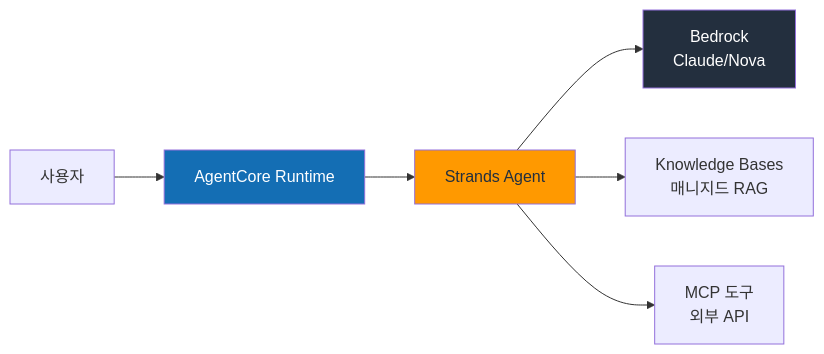
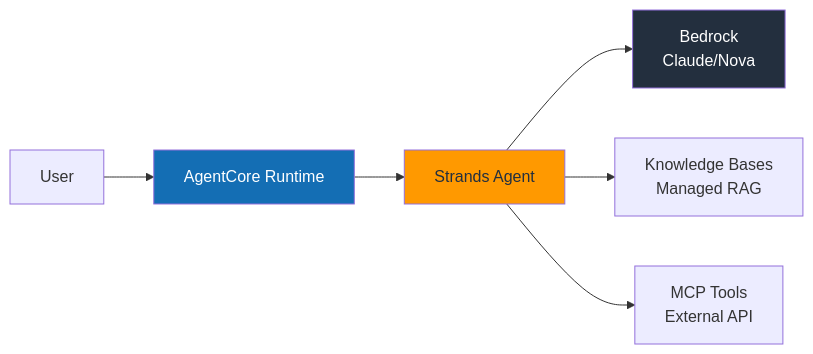
One commit to devfloor9/engineering-playbook changed the third of 5 diagrams in i18n/en/docusaurus-plugin-content-docs/current/agentic-ai-platform/design-architecture/aws-native-agentic-platform.md. Above: the diagram before and after it, drawn with Mermaid. The commit also changed other lines of this file and 16 other files, not shown here.

````diff
--- a/i18n/en/docusaurus-plugin-content-docs/current/agentic-ai-platform/design-architecture/aws-native-agentic-platform.md
+++ b/i18n/en/docusaurus-plugin-content-docs/current/agentic-ai-platform/design-architecture/aws-native-agentic-platform.md
@@ -324,12 +324,12 @@
 ```mermaid
 graph LR
-    User["사용자"] --> Runtime["AgentCore Runtime"]
+    User["User"] --> Runtime["AgentCore Runtime"]
     Runtime --> Agent["Strands Agent"]
     Agent --> Bedrock["Bedrock<br/>Claude/Nova"]
-    Agent --> KB["Knowledge Bases<br/>매니지드 RAG"]
-    Agent --> Tools["MCP 도구<br/>외부 API"]
+    Agent --> KB["Knowledge Bases<br/>Managed RAG"]
+    Agent --> Tools["MCP Tools<br/>External API"]
 
     style Runtime fill:#146EB4,color:#fff
     style Agent fill:#FF9900,color:#232F3E
     style Bedrock fill:#232F3E,color:#fff
 ```
````
